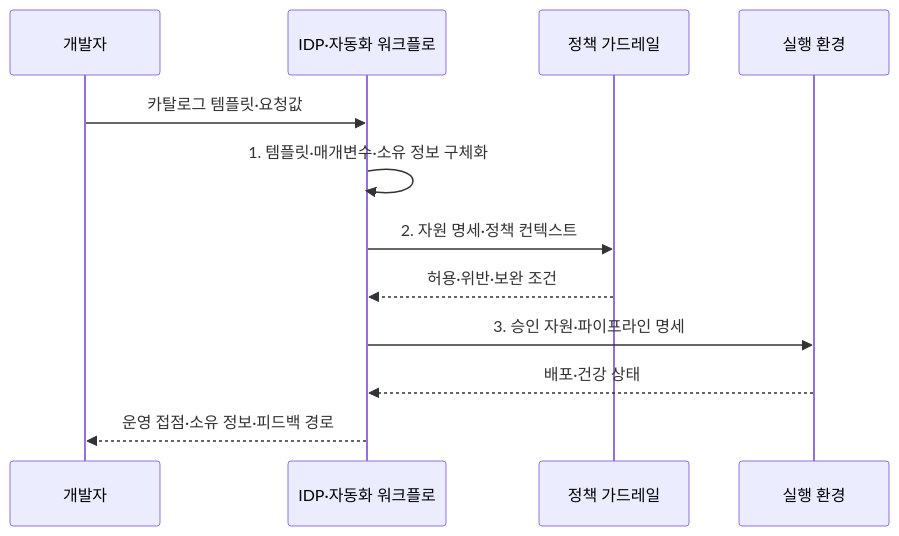
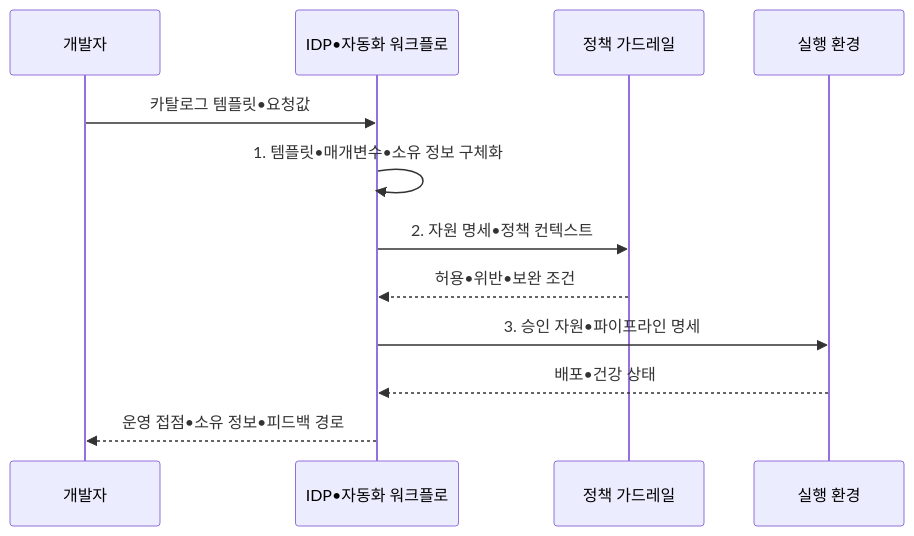
The second of 2 diagrams in src/content/docs/notes/03-software/082_platform_engineering_idp.md (agnusdei1207/knowledge-base), drawn with Mermaid before and after one commit. The commit also changed other lines of this file and 953 other files, not shown here.

````diff
--- a/src/content/docs/notes/03-software/082_platform_engineering_idp.md
+++ b/src/content/docs/notes/03-software/082_platform_engineering_idp.md
@@ -104,14 +104,14 @@
 ```mermaid
 sequenceDiagram
     participant D as 개발자
-    participant P as IDP·자동화 워크플로
+    participant P as IDP•자동화 워크플로
     participant G as 정책 가드레일
     participant R as 실행 환경
-    D->>P: 카탈로그 템플릿·요청값
-    P->>P: 1. 템플릿·매개변수·소유 정보 구체화
-    P->>G: 2. 자원 명세·정책 컨텍스트
-    G-->>P: 허용·위반·보완 조건
-    P->>R: 3. 승인 자원·파이프라인 명세
-    R-->>P: 배포·건강 상태
-    P-->>D: 운영 접점·소유 정보·피드백 경로
+    D->>P: 카탈로그 템플릿•요청값
+    P->>P: 1. 템플릿•매개변수•소유 정보 구체화
+    P->>G: 2. 자원 명세•정책 컨텍스트
+    G-->>P: 허용•위반•보완 조건
+    P->>R: 3. 승인 자원•파이프라인 명세
+    R-->>P: 배포•건강 상태
+    P-->>D: 운영 접점•소유 정보•피드백 경로
 ```
````
